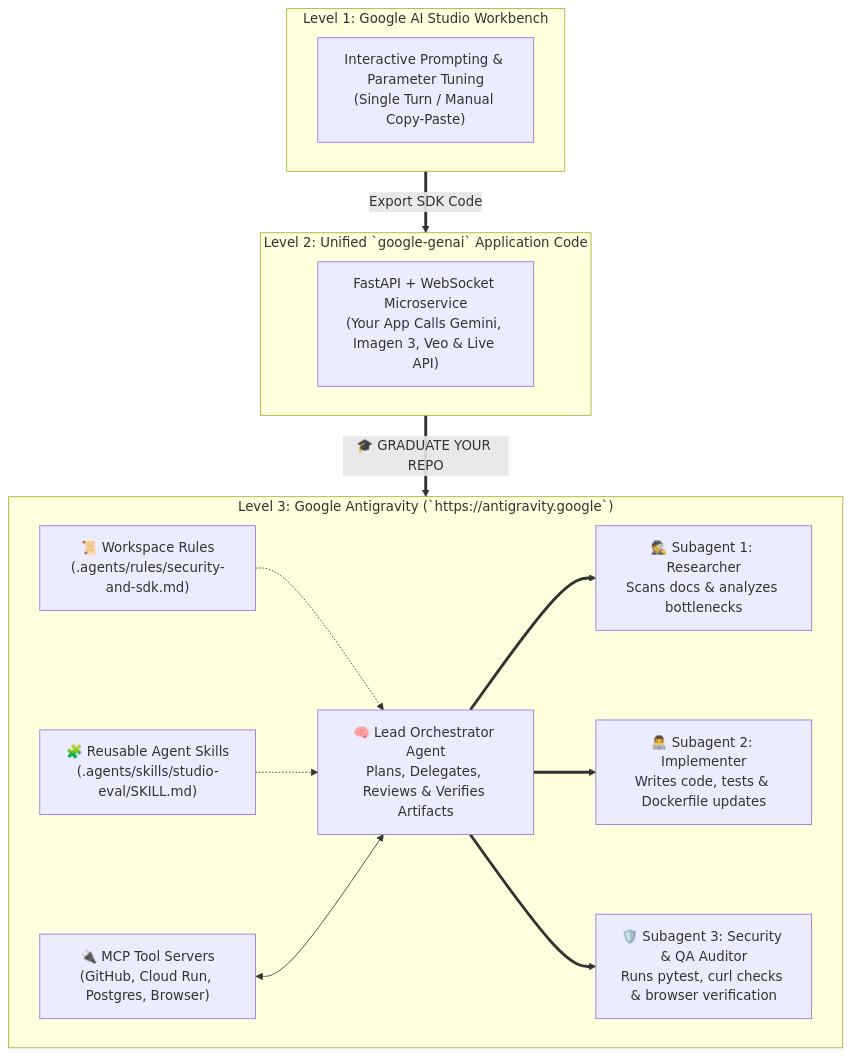
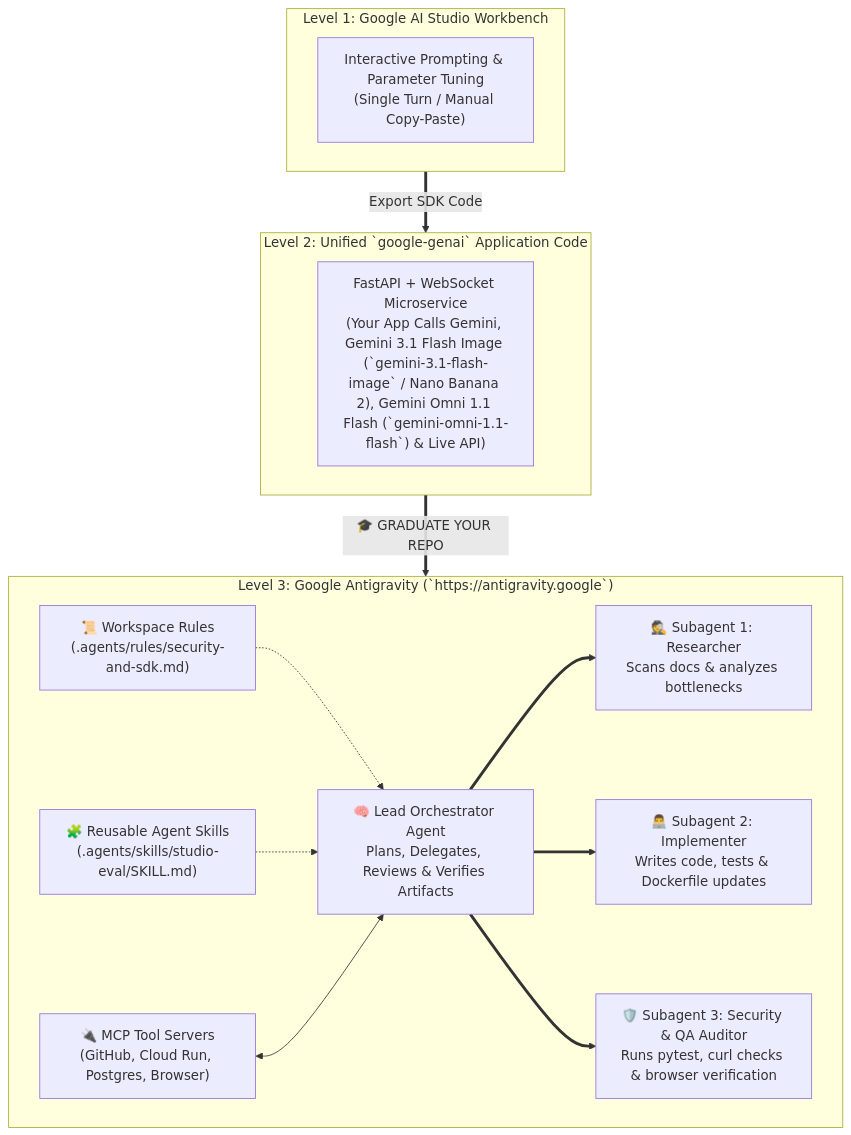
The diagram in en/surprise-finisher-graduate-to-antigravity/README.md (AllInVaders/aistudio-full-course), drawn with Mermaid before and after one commit. The commit also changed other lines of this file and 30 other files, not shown here.

Commit message:
feat: upgrade all models across curriculum, labs, portal & notebooks to Sep 2026 lineup (Gemini 3.7 Flash, 3.1 Pro, Gemini 3.1 Flash Image / Nano Banana 2, Gemini Omni 1.1 Flash Video, Gemini 3.8 Live)

````diff
--- a/en/surprise-finisher-graduate-to-antigravity/README.md
+++ b/en/surprise-finisher-graduate-to-antigravity/README.md
@@ -27,31 +27,31 @@
 ```mermaid
 flowchart TB
     subgraph StageA["Level 1: Google AI Studio Workbench"]
         A1["Interactive Prompting & Parameter Tuning\n(Single Turn / Manual Copy-Paste)"]
     end
 
     subgraph StageB["Level 2: Unified `google-genai` Application Code"]
-        B1["FastAPI + WebSocket Microservice\n(Your App Calls Gemini, Imagen 3, Veo & Live API)"]
+        B1["FastAPI + WebSocket Microservice\n(Your App Calls Gemini, Gemini 3.1 Flash Image (`gemini-3.1-flash-image` / Nano Banana 2), Gemini Omni 1.1 Flash (`gemini-omni-1.1-flash`) & Live API)"]
     end
 
     subgraph StageC["Level 3: Google Antigravity (`https://antigravity.google`)"]
         Orchestrator["🧠 Lead Orchestrator Agent\nPlans, Delegates, Reviews & Verifies Artifacts"]
         Rules["📜 Workspace Rules\n(.agents/rules/security-and-sdk.md)"]
         Skills["🧩 Reusable Agent Skills\n(.agents/skills/studio-eval/SKILL.md)"]
         MCP["🔌 MCP Tool Servers\n(GitHub, Cloud Run, Postgres, Browser)"]
 
         Sub1["🕵️ Subagent 1: Researcher\nScans docs & analyzes bottlenecks"]
         Sub2["👨‍💻 Subagent 2: Implementer\nWrites code, tests & Dockerfile updates"]
         Sub3["🛡️ Subagent 3: Security & QA Auditor\nRuns pytest, curl checks & browser verification"]
 
         Rules -.-> Orchestrator
         Skills -.-> Orchestrator
         MCP <--> Orchestrator
         Orchestrator ==> Sub1
         Orchestrator ==> Sub2
         Orchestrator ==> Sub3
     end
 
     StageA ==>|"Export SDK Code"| StageB
     StageB ==>|"🎓 GRADUATE YOUR REPO"| StageC
 ```
````
